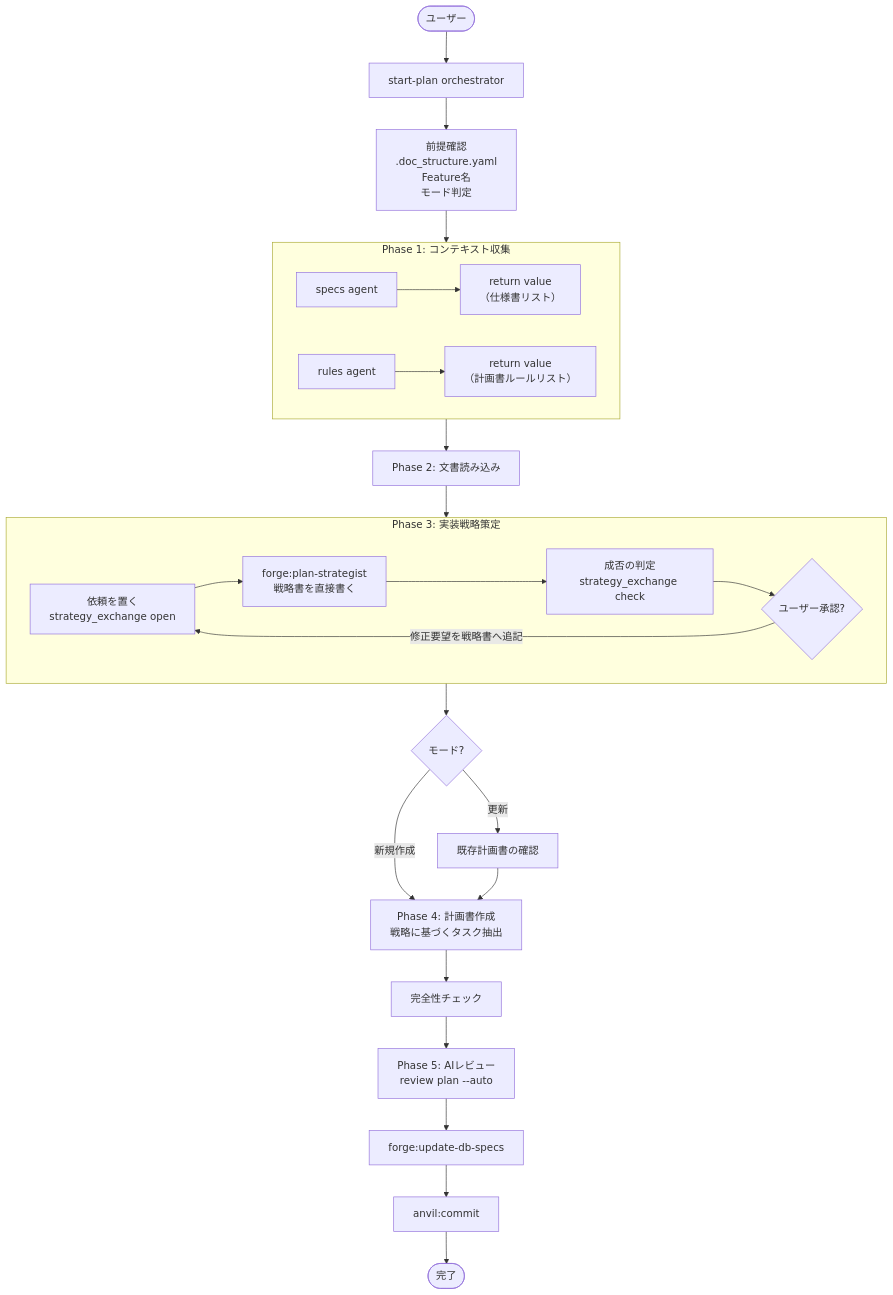
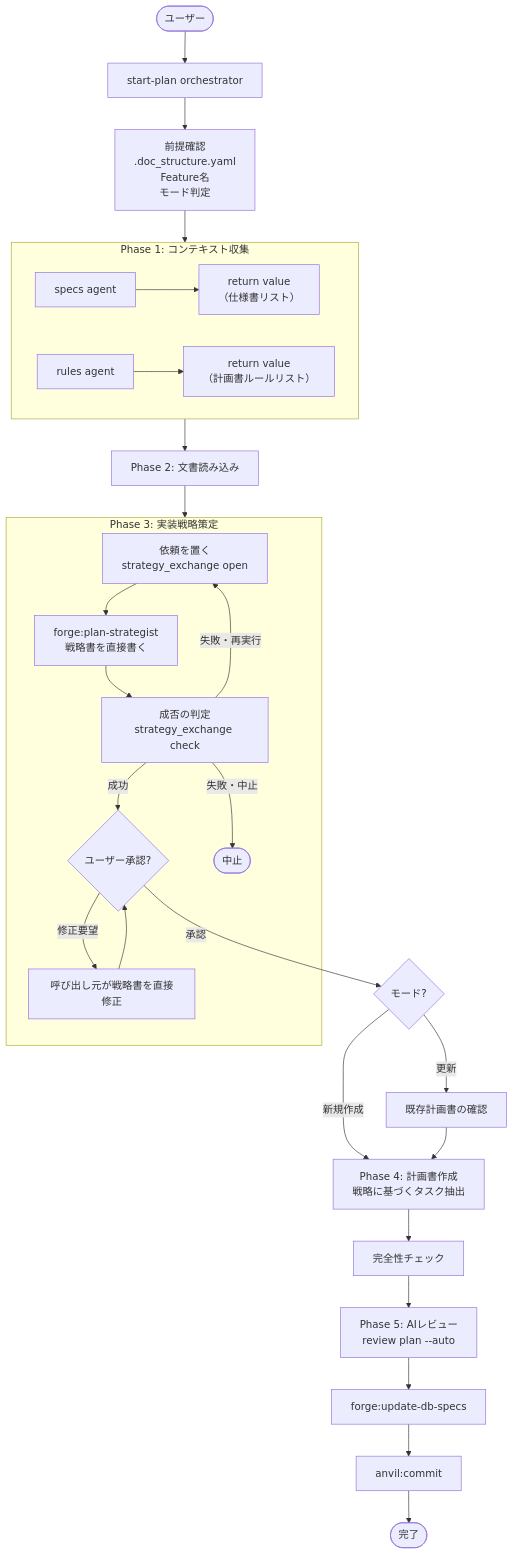
Before and after one commit to BlueEventHorizon/bw-cc-plugins: the diagram in docs/specs/forge/design/DES-019_create_plan_workflow_design.md, drawn with Mermaid. The commit also changed other lines of this file and 6 other files, not shown here.

````diff
--- a/docs/specs/forge/design/DES-019_create_plan_workflow_design.md
+++ b/docs/specs/forge/design/DES-019_create_plan_workflow_design.md
@@ -51,41 +51,44 @@
 ```mermaid
 flowchart TD
     User([ユーザー]) --> ORCHESTRATOR["start-plan orchestrator"]
 
     ORCHESTRATOR --> PREREQ["前提確認<br>.doc_structure.yaml<br>Feature名<br>モード判定"]
 
     PREREQ --> CONTEXT
 
     subgraph CONTEXT["Phase 1: コンテキスト収集"]
         A1["specs agent"] --> RV_SPECS["return value<br>（仕様書リスト）"]
         A2["rules agent"] --> RV_RULES["return value<br>（計画書ルールリスト）"]
     end
 
     CONTEXT --> READ["Phase 2: 文書読み込み"]
 
     READ --> STRATEGY_PHASE
 
     subgraph STRATEGY_PHASE["Phase 3: 実装戦略策定"]
         OPEN["依頼を置く<br>strategy_exchange open"] --> SA["forge:plan-strategist<br>戦略書を直接書く"]
         SA --> CHECK["成否の判定<br>strategy_exchange check"]
-        CHECK --> APPROVAL{"ユーザー承認?"}
-        APPROVAL -->|"修正要望を戦略書へ追記"| OPEN
+        CHECK -->|"成功"| APPROVAL{"ユーザー承認?"}
+        CHECK -->|"失敗・再実行"| OPEN
+        CHECK -->|"失敗・中止"| ABORT([中止])
+        APPROVAL -->|"修正要望"| FIX["呼び出し元が戦略書を直接修正"]
+        FIX --> APPROVAL
     end
 
-    STRATEGY_PHASE --> MODE_CHECK{モード?}
+    APPROVAL -->|"承認"| MODE_CHECK{モード?}
 
     MODE_CHECK -->|"新規作成"| CREATE
     MODE_CHECK -->|"更新"| UPDATE_CHECK
 
     UPDATE_CHECK["既存計画書の確認"] --> CREATE
 
     CREATE["Phase 4: 計画書作成<br>戦略に基づくタスク抽出"] --> QA["完全性チェック"]
 
     QA --> AI_REVIEW["Phase 5: AIレビュー<br>review plan --auto"]
 
     AI_REVIEW --> TOC["forge:update-db-specs"]
 
     TOC --> COMMIT["anvil:commit"]
 
     COMMIT --> DONE([完了])
 ```
````
